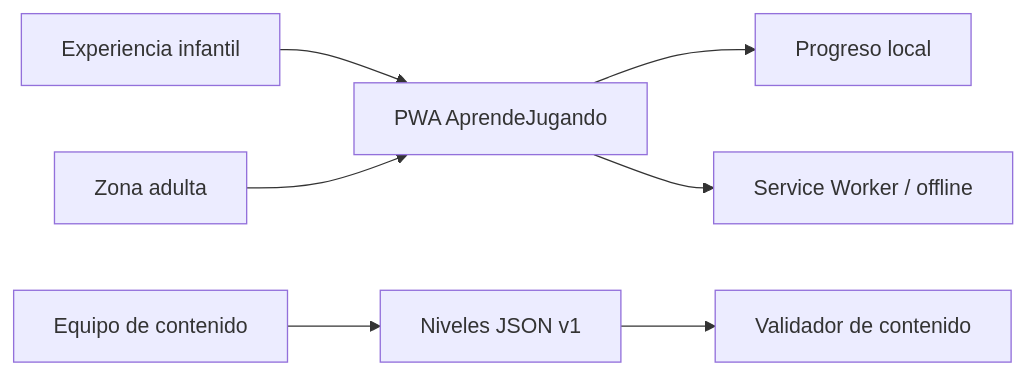
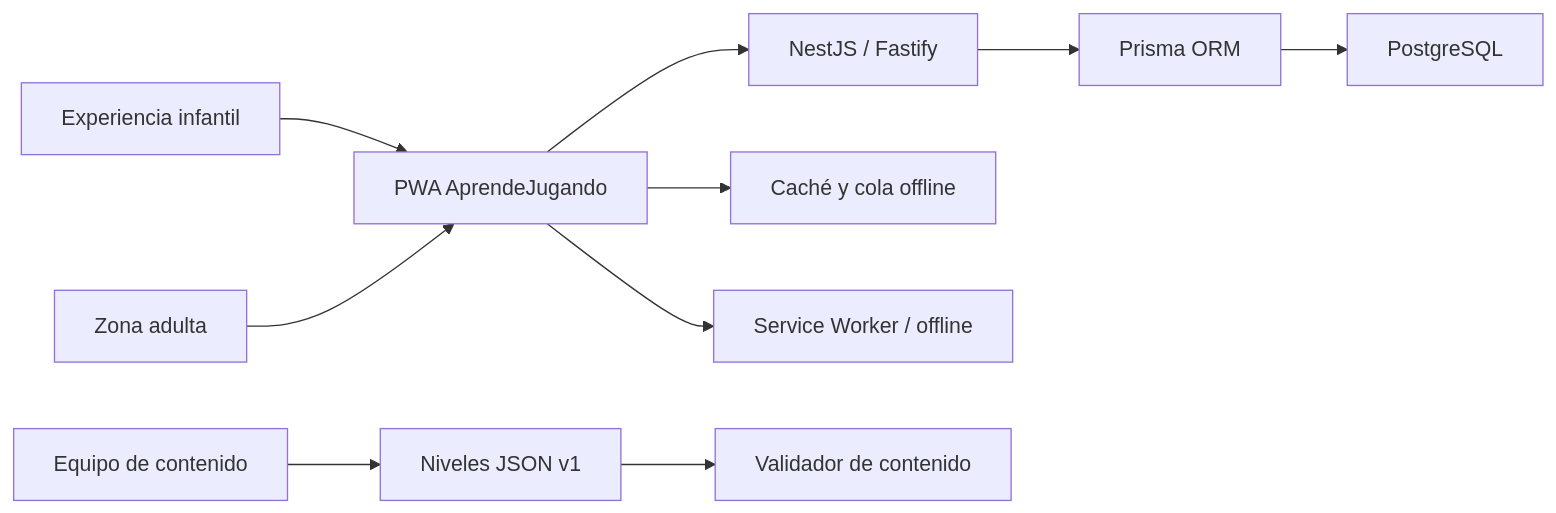
Before and after one commit to edison1000msnmsn/Aprende_Juagando_App: the first of 2 diagrams in docs/architecture/system-context.md, drawn with Mermaid. The commit also changed other lines of this file and 49 other files, not shown here.

````diff
--- a/docs/architecture/system-context.md
+++ b/docs/architecture/system-context.md
@@ -5,9 +5,12 @@
 ```mermaid
 flowchart LR
   Kid["Experiencia infantil"] --> PWA["PWA AprendeJugando"]
   Adult["Zona adulta"] --> PWA
-  PWA --> Local["Progreso local"]
+  PWA --> API["NestJS / Fastify"]
+  API --> Prisma["Prisma ORM"]
+  Prisma --> DB["PostgreSQL"]
+  PWA --> Local["Caché y cola offline"]
   PWA --> Cache["Service Worker / offline"]
   Author["Equipo de contenido"] --> JSON["Niveles JSON v1"]
   JSON --> Validator["Validador de contenido"]
 ```
````
